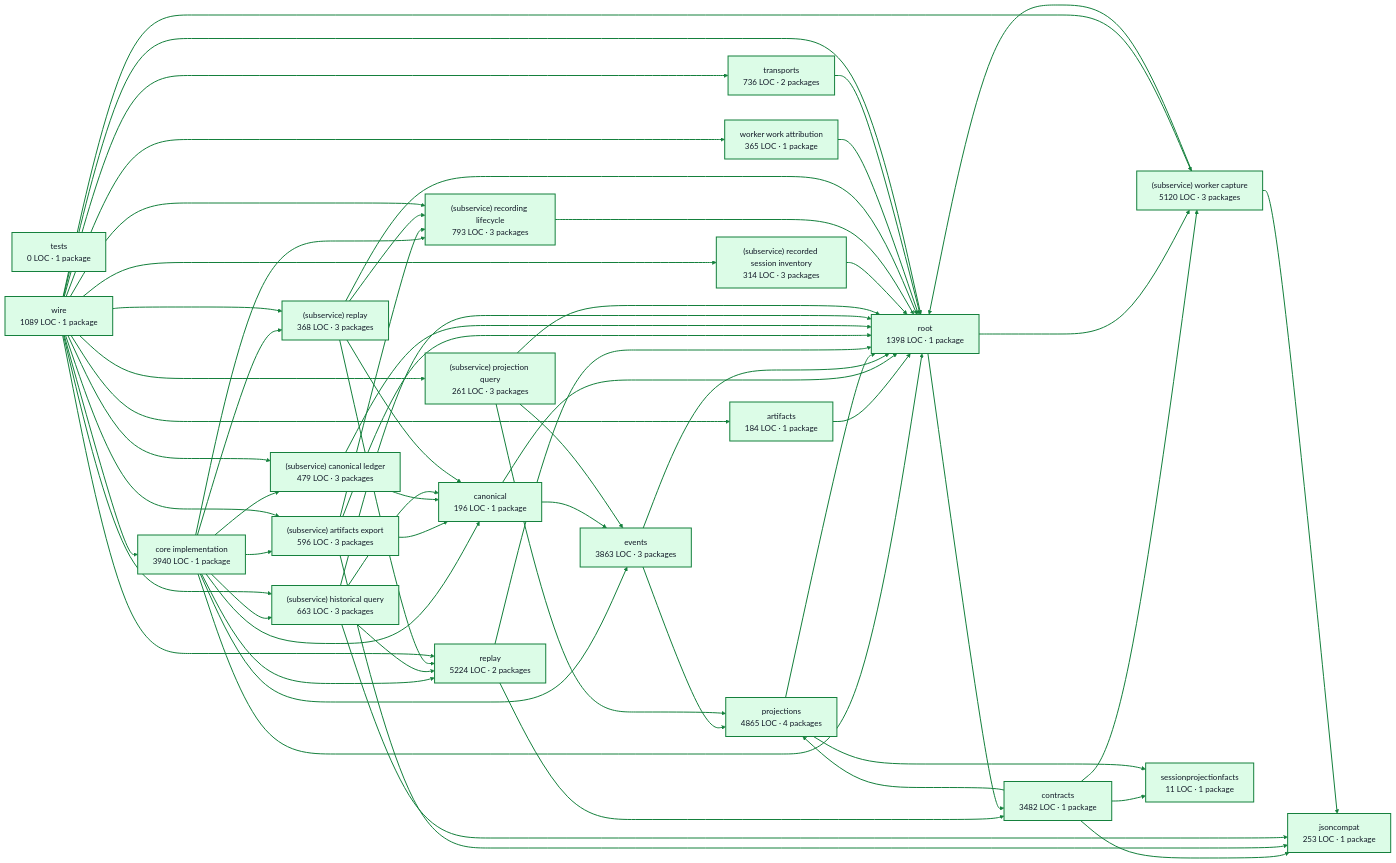
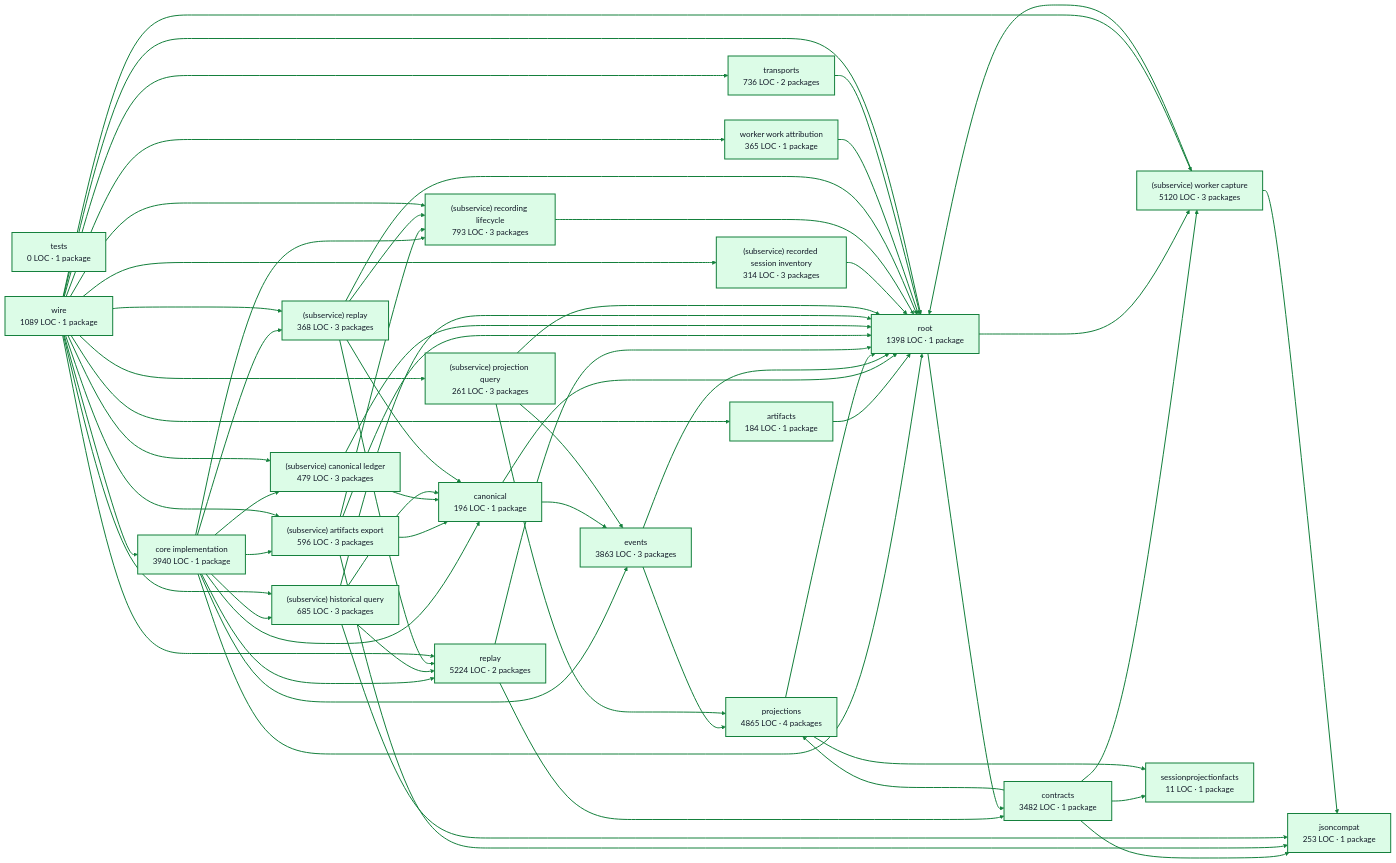
One commit to portpowered/you-agent-factory changed the diagram in docs/architecture/visualizations/services/recordings.md. Above: the diagram before and after it, drawn with Mermaid (base theme). The commit also changed other lines of this file and 20 other files, not shown here.

Commit message:
docs: refresh backend architecture visualizations

```diff
--- a/docs/architecture/visualizations/services/recordings.md
+++ b/docs/architecture/visualizations/services/recordings.md
@@ -20,7 +20,7 @@
   p7["replay<br/>5224 LOC · 2 packages"]
   p8["(subservice) artifacts export<br/>596 LOC · 3 packages"]
   p9["(subservice) canonical ledger<br/>479 LOC · 3 packages"]
-  p10["(subservice) historical query<br/>663 LOC · 3 packages"]
+  p10["(subservice) historical query<br/>685 LOC · 3 packages"]
   p11["(subservice) projection query<br/>261 LOC · 3 packages"]
   p12["(subservice) recorded session inventory<br/>314 LOC · 3 packages"]
   p13["(subservice) recording lifecycle<br/>793 LOC · 3 packages"]
```
